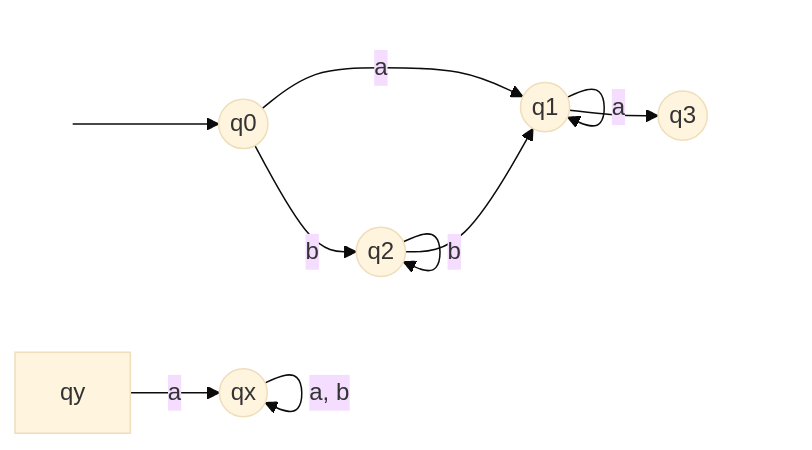
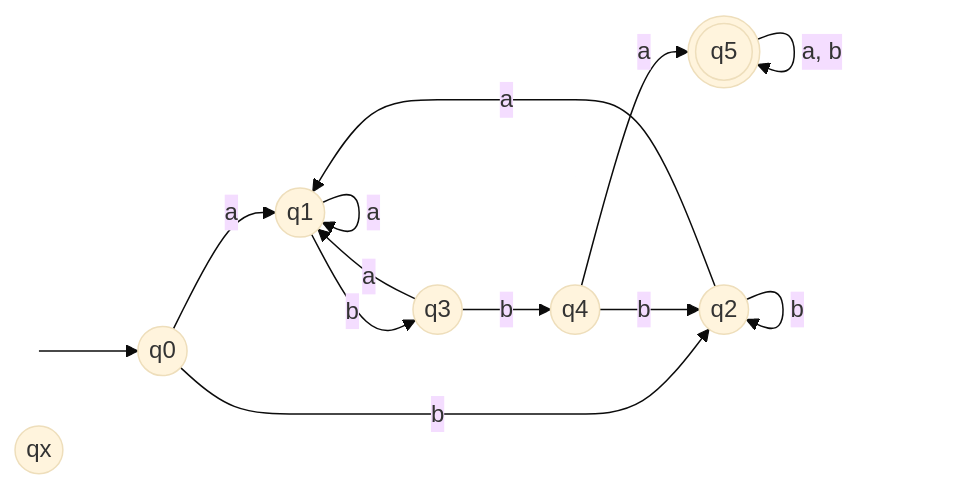
The first of 2 diagrams in sem3/TIN/UE/bf/TI-bf-u03.md (bfeitknecht/vault), drawn with Mermaid (base theme) before and after one commit.

Commit message:
backup: 2024-10-09T23:01:11+02:00 from MacBook Pro (echo)
Affected files:
sem3/TIN/UE/bf/TI-bf-u03.md

````diff
--- a/sem3/TIN/UE/bf/TI-bf-u03.md
+++ b/sem3/TIN/UE/bf/TI-bf-u03.md
@@ -24,28 +24,35 @@
 ```mermaid
 flowchart LR
 
 classDef hidden display: none;
 
 S:::hidden
 q0((q0))
 q1((q1))
 q2((q2))
 q3((q3))
+q4((q4))
+q5(((q5)))
 
 qx((qx))
 
 S --> q0
 
 q0 -->|"a"| q1
 q0 -->|"b"| q2
 
 q1 -->|"a"| q1
 q2 -->|"b"| q2
 
-q1 --> q3
-q2 --> q1
+q1 -->|"b"| q3
+q2 -->|"a"| q1
 
-qy -->|"a"| qx
-qx -->|"a, b"| qx
+q3 -->|"a"| q1
+q3 -->|"b"| q4
+
+q4 -->|"a"| q5
+
+q4 -->|"b"| q2
+q5 -->|"a, b"| q5
 
 ```
````
